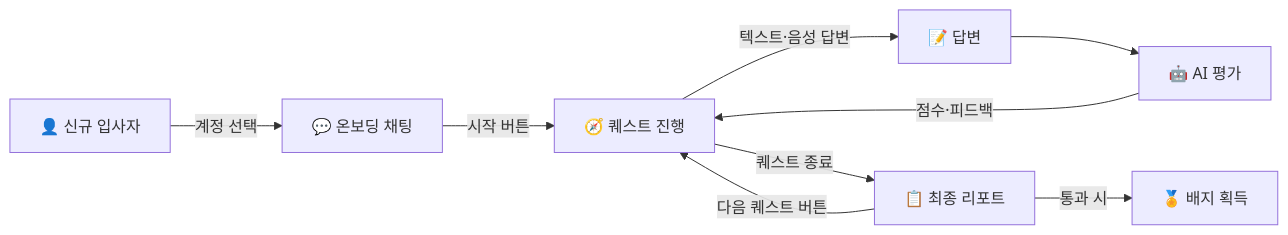
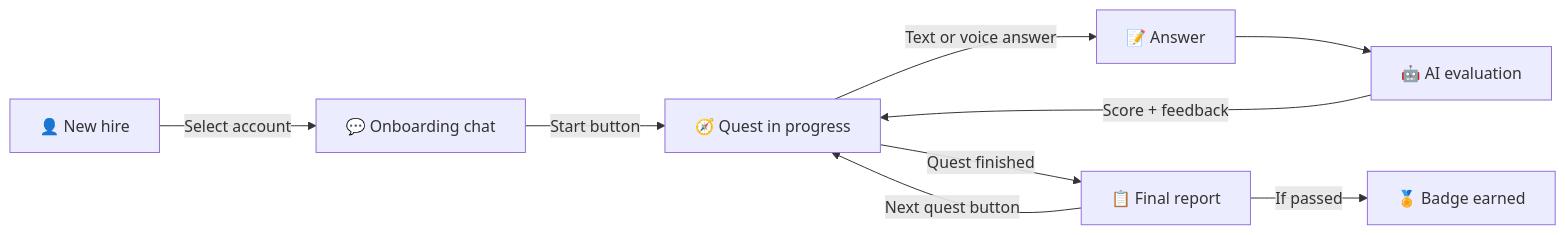
One commit to magogalois/persona-agent-factory-galois changed the first of 3 diagrams in README.md. Above: the diagram before and after it, drawn with Mermaid. The commit also changed other lines of this file, not shown here.

````diff
--- a/README.md
+++ b/README.md
@@ -21,11 +22,11 @@
 ```mermaid
 flowchart LR
-    A["👤 신규 입사자"] -->|"계정 선택"| B["💬 온보딩 채팅"]
-    B -->|"시작 버튼"| C["🧭 퀘스트 진행"]
-    C -->|"텍스트·음성 답변"| D["📝 답변"]
-    D --> E["🤖 AI 평가"]
-    E -->|"점수·피드백"| C
-    C -->|"퀘스트 종료"| F["📋 최종 리포트"]
-    F -->|"통과 시"| G["🏅 배지 획득"]
-    F -->|"다음 퀘스트 버튼"| C
+    A["👤 New hire"] -->|"Select account"| B["💬 Onboarding chat"]
+    B -->|"Start button"| C["🧭 Quest in progress"]
+    C -->|"Text or voice answer"| D["📝 Answer"]
+    D --> E["🤖 AI evaluation"]
+    E -->|"Score + feedback"| C
+    C -->|"Quest finished"| F["📋 Final report"]
+    F -->|"If passed"| G["🏅 Badge earned"]
+    F -->|"Next quest button"| C
 ```
````
